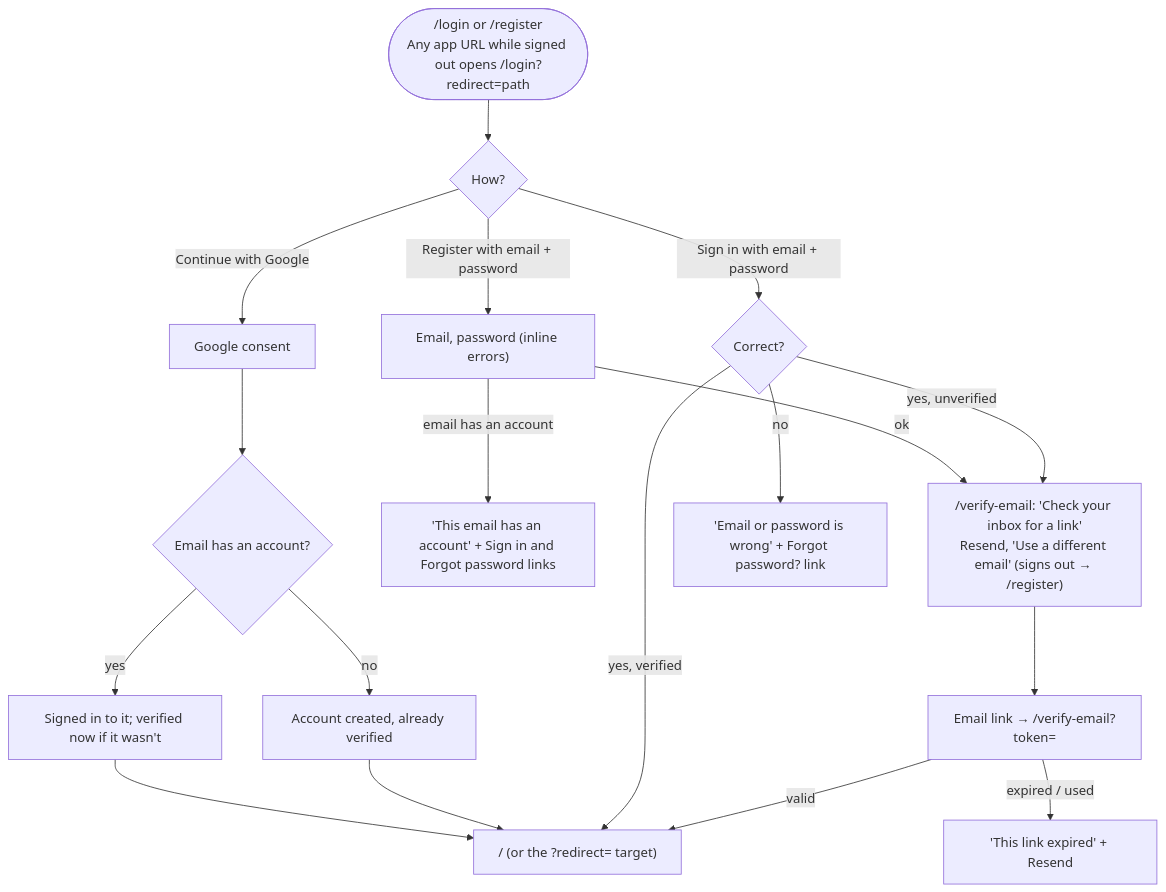
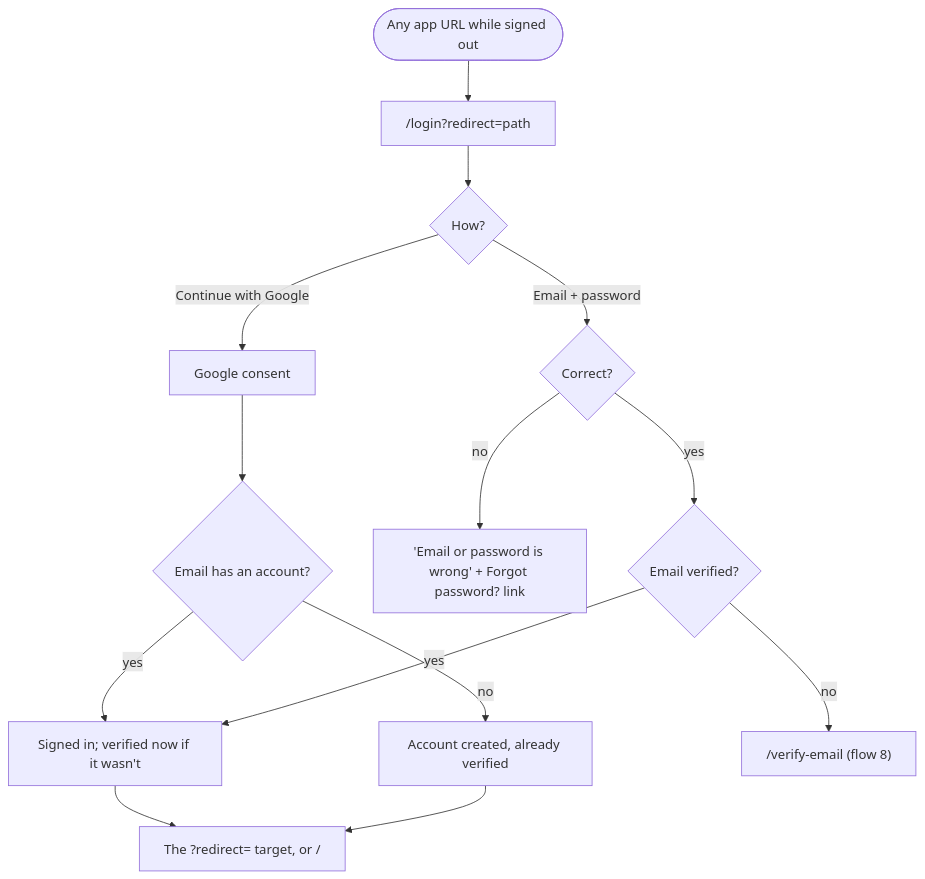
The second of 3 diagrams in docs/user-flows-auth.md (binhld98/AutoRecordLive), drawn with Mermaid before and after one commit. The commit also changed other lines of this file and 2 other files, not shown here.

Commit message:
docs: keep sign-up and sign-in as separate flows

````diff
--- a/docs/user-flows-auth.md
+++ b/docs/user-flows-auth.md
@@ -19,18 +32,14 @@
 ```mermaid
 flowchart TD
-  start(["/login or /register<br/>Any app URL while signed out opens /login?redirect=path"]) --> how{"How?"}
+  visit(["Any app URL while signed out"]) --> login["/login?redirect=path"]
+  login --> how{"How?"}
   how -- "Continue with Google" --> google["Google consent"] --> exists{"Email has an account?"}
-  exists -- yes --> signin["Signed in to it; verified now if it wasn't"]
+  exists -- yes --> verified["Signed in; verified now if it wasn't"]
   exists -- no --> created["Account created, already verified"]
-  signin & created --> app["/ (or the ?redirect= target)"]
-  how -- "Register with email + password" --> form["Email, password (inline errors)"]
-  form -- "email has an account" --> taken["'This email has an account' + Sign in and Forgot password links"]
-  form -- ok --> gate
-  how -- "Sign in with email + password" --> check{"Correct?"}
+  how -- "Email + password" --> check{"Correct?"}
   check -- no --> err["'Email or password is wrong' + Forgot password? link"]
-  check -- "yes, verified" --> app
-  check -- "yes, unverified" --> gate["/verify-email: 'Check your inbox for a link'<br/>Resend, 'Use a different email' (signs out → /register)"]
-  gate --> link["Email link → /verify-email?token="]
-  link -- valid --> app
-  link -- "expired / used" --> bad["'This link expired' + Resend"]
+  check -- yes --> isverified{"Email verified?"}
+  isverified -- no --> gate["/verify-email (flow 8)"]
+  isverified -- yes --> verified
+  verified & created --> back["The ?redirect= target, or /"]
 ```
````
